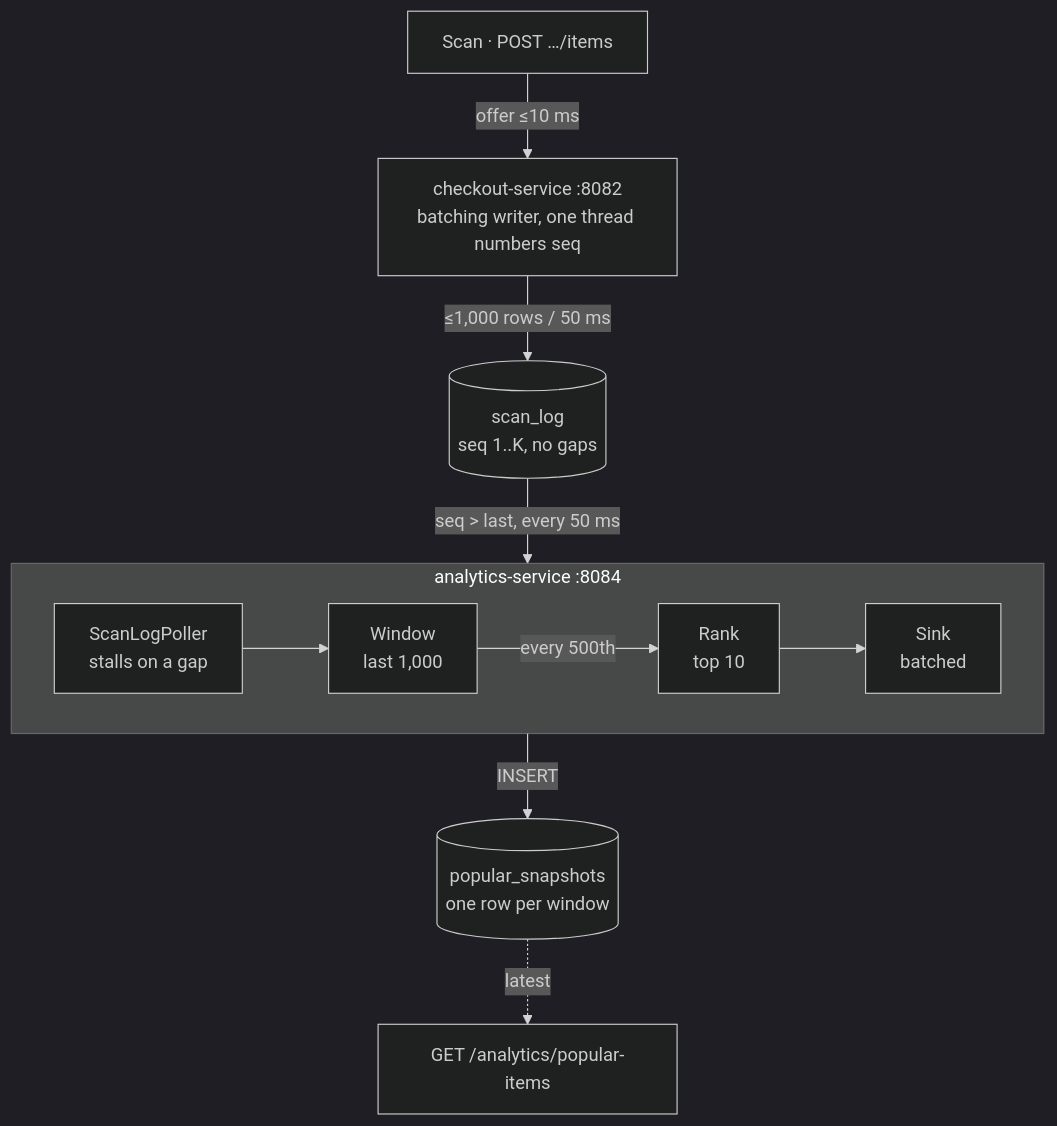
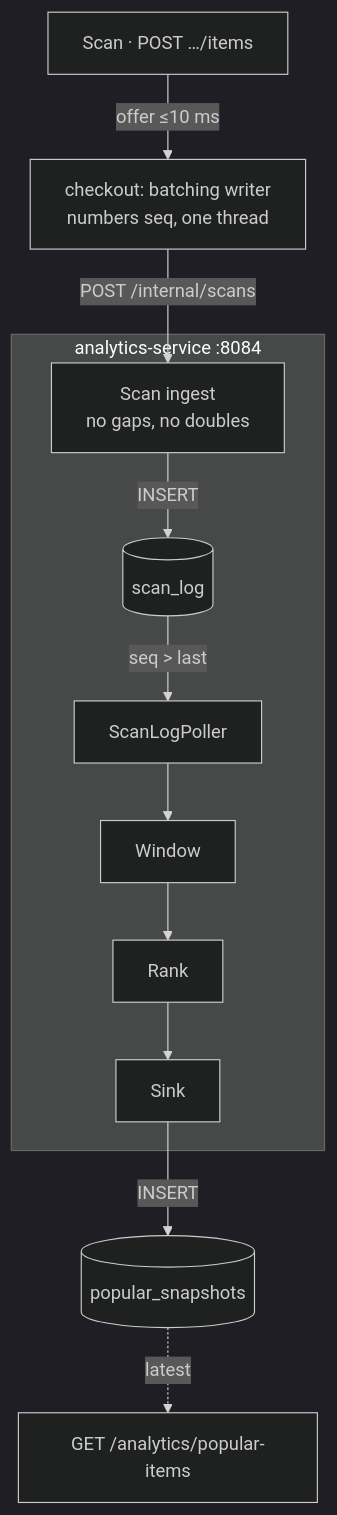
The third of 3 diagrams in README.md (Vatsalya2003/self_checkout_system), drawn with Mermaid (dark theme) before and after one commit. The commit also changed other lines of this file and 21 other files, not shown here.

Commit message:
Document the Week 5 microservices: MICROSERVICES.md, README, architecture and developer guide sections, and diagrams

````diff
--- a/README.md
+++ b/README.md
@@ -156,12 +156,11 @@
 ```mermaid
 flowchart TB
-    SC["Scan · POST …/items"] -->|"offer ≤10 ms"| WR["checkout-service :8082<br/>batching writer, one thread numbers seq"]
-    WR -->|"≤1,000 rows / 50 ms"| SL[("scan_log<br/>seq 1..K, no gaps")]
-    SL -->|"seq > last, every 50 ms"| PO
+    SC["Scan · POST …/items"] -->|"offer ≤10 ms"| WR["checkout: batching writer<br/>numbers seq, one thread"]
+    WR -->|"POST /internal/scans"| IG
     subgraph AN["analytics-service :8084"]
-        direction LR
-        PO["ScanLogPoller<br/>stalls on a gap"] --> WI["Window<br/>last 1,000"] -->|"every 500th"| RA["Rank<br/>top 10"] --> SI["Sink<br/>batched"]
+        IG["Scan ingest<br/>no gaps, no doubles"] -->|INSERT| SL[("scan_log")]
+        SL -->|"seq > last"| PO["ScanLogPoller"] --> WI["Window"] --> RA["Rank"] --> SI["Sink"]
     end
-    SI -->|INSERT| PS[("popular_snapshots<br/>one row per window")]
+    SI -->|INSERT| PS[("popular_snapshots")]
     PS -.->|latest| API["GET /analytics/popular-items"]
 ```
````
